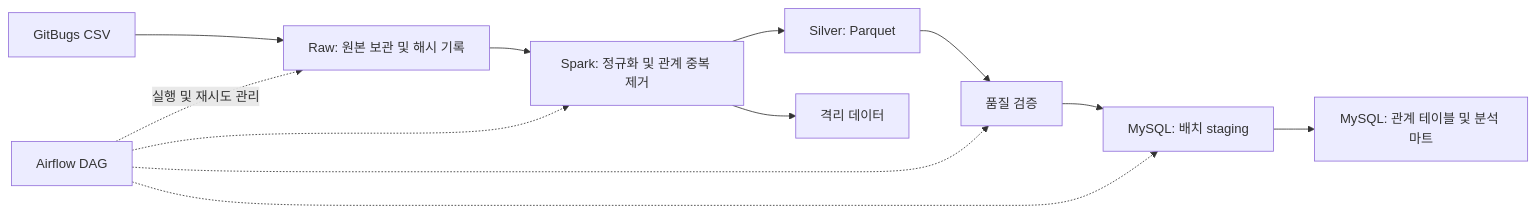
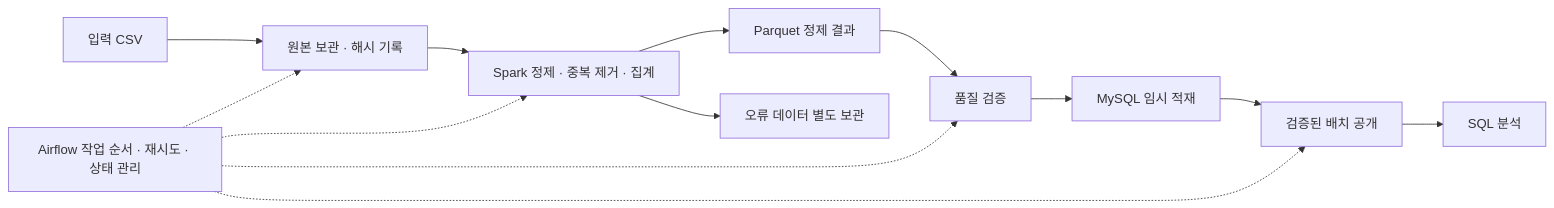
The diagram in README.md (iamkkr2030/gitbug-data-analyze), drawn with Mermaid before and after one commit. The commit also changed other lines of this file, not shown here.

````diff
--- a/README.md
+++ b/README.md
@@ -58,14 +131,15 @@
 ```mermaid
 flowchart LR
-    CSV[GitBugs CSV] --> RAW[Raw: 원본 보관 및 해시 기록]
-    RAW --> SILVER[Spark: 정규화 및 관계 중복 제거]
-    SILVER --> PQ[Silver: Parquet]
-    PQ --> DQ[품질 검증]
-    DQ --> STG[MySQL: 배치 staging]
-    STG --> DB[MySQL: 관계 테이블 및 분석 마트]
-    SILVER --> REJECT[격리 데이터]
-    AF[Airflow DAG] -. 실행 및 재시도 관리 .-> RAW
-    AF -.-> SILVER
-    AF -.-> DQ
-    AF -.-> STG
+    CSV["입력 CSV"] --> RAW["원본 보관 · 해시 기록"]
+    RAW --> SPARK["Spark 정제 · 중복 제거 · 집계"]
+    SPARK --> SILVER["Parquet 정제 결과"]
+    SPARK --> QUARANTINE["오류 데이터 별도 보관"]
+    SILVER --> QUALITY["품질 검증"]
+    QUALITY --> STAGING["MySQL 임시 적재"]
+    STAGING --> PUBLISH["검증된 배치 공개"]
+    PUBLISH --> SQL["SQL 분석"]
+    AIRFLOW["Airflow 작업 순서 · 재시도 · 상태 관리"] -.-> RAW
+    AIRFLOW -.-> SPARK
+    AIRFLOW -.-> QUALITY
+    AIRFLOW -.-> PUBLISH
 ```
````
